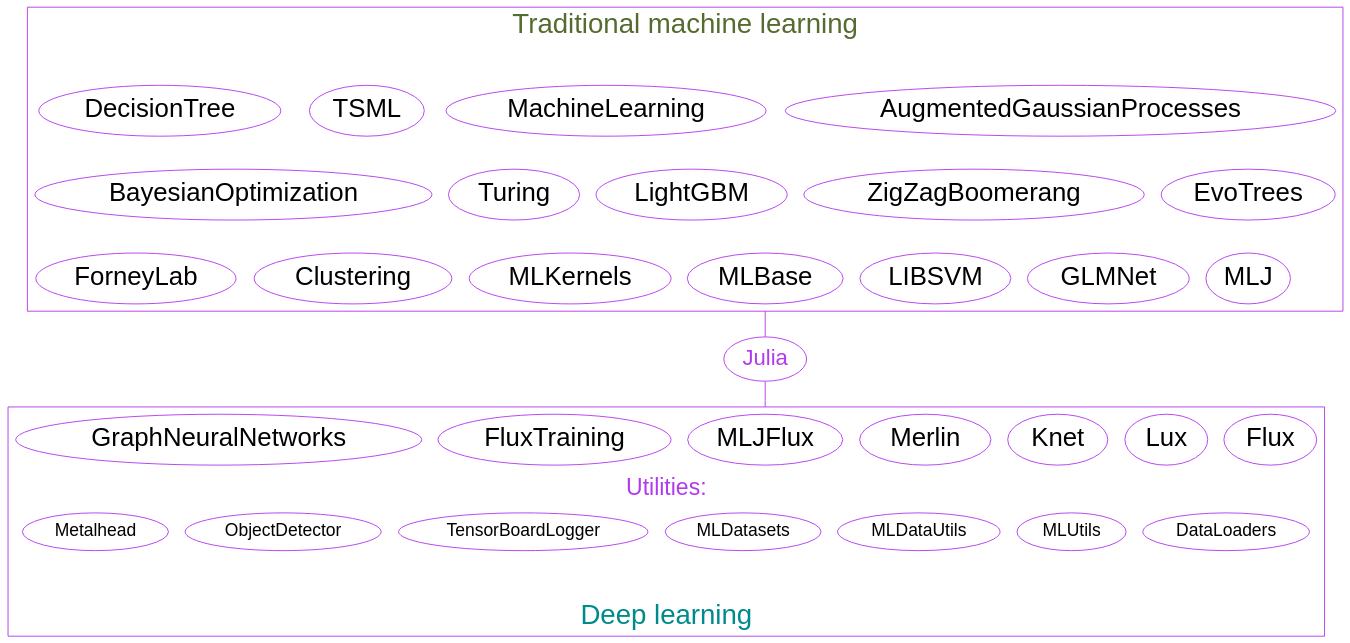
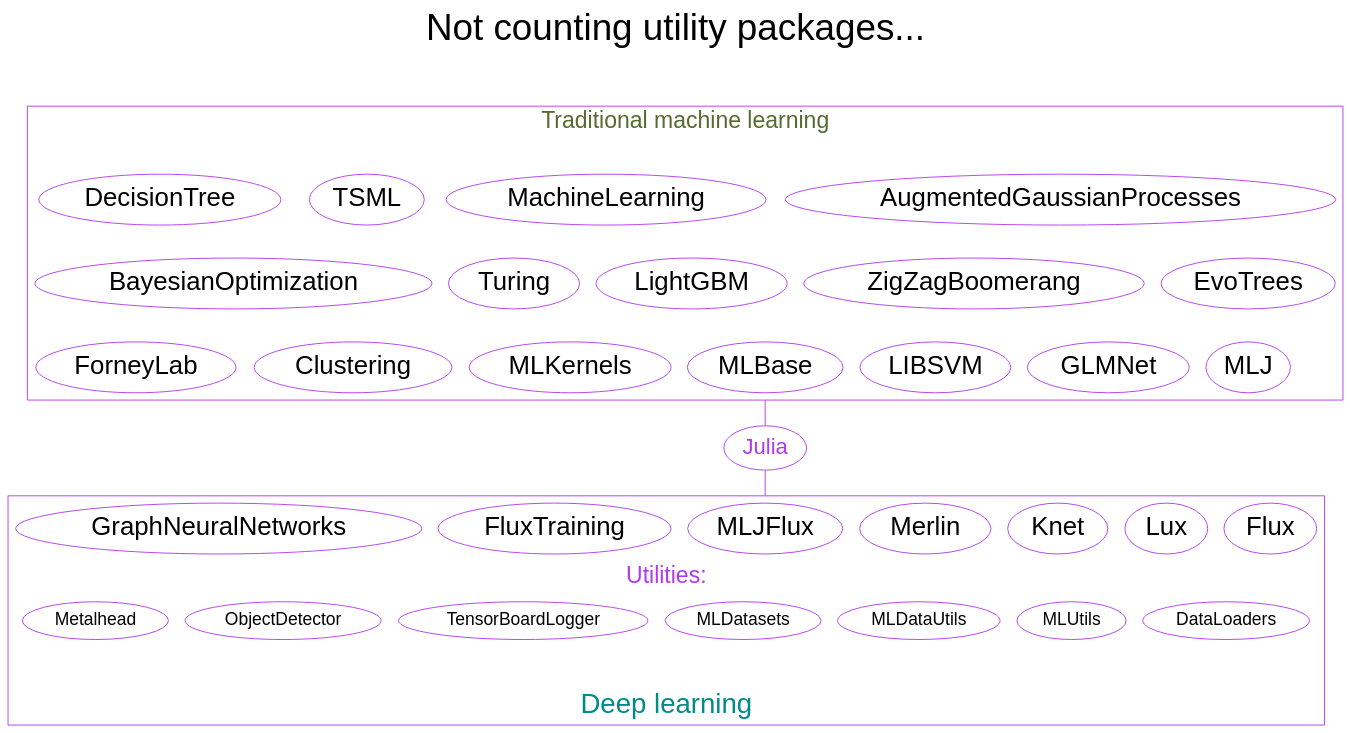
One commit to WestDRI/arc-training changed the ninth of 19 diagrams in ml/frameworks_slides.qmd. Above: the diagram before and after it, drawn with Graphviz. The commit also changed other lines of this file, not shown here.

````diff
--- a/ml/frameworks_slides.qmd
+++ b/ml/frameworks_slides.qmd
@@ -417,61 +398,65 @@
 ```{dot}
 //| echo: false
 
 strict graph {
 
+  label="Not counting utility packages...\n\n"
+  labelloc=t
+  fontsize=40
+
   bgcolor="transparent"
   graph [fontname="Inconsolata, sans-serif"]
   node [fontname="Inconsolata, sans-serif", color=darkorchid2]
   compound=true
-  
+
   subgraph cluster_ml {
 	label="Traditional machine learning\n\n"
 	color=darkorchid2
 	fontcolor=darkolivegreen
-	fontsize=30
+	fontsize=25
 	edge [style=invis]
 	node [fontsize=28]
 	{rank=same; AugmentedGaussianProcesses MachineLearning TSML DecisionTree}
 	{rank=same; EvoTrees ZigZagBoomerang LightGBM Turing BayesianOptimization}
 	{rank=same; MLJ GLMNet LIBSVM MLBase MLKernels Clustering ForneyLab}
 	AugmentedGaussianProcesses -- EvoTrees -- MLJ
   }
 
   subgraph cluster_dl {	
 	label="\nDeep learning"
 	color=darkorchid2
 	fontcolor=darkcyan
 	fontsize=30
 	labelloc=b
 	edge [style=invis]
 	node [fontsize=28]
 	Flux Lux Knet Merlin MLJFlux FluxTraining GraphNeuralNetworks
 	subgraph cluster_utilities {
 	  peripheries=0
 	  fontsize=25
 	  label="Utilities:"
 	  fontcolor=darkorchid2
 	  labelloc=t
  	  node [fontsize=19]
 	  DataLoaders MLUtils MLDataUtils MLDatasets TensorBoardLogger ObjectDetector Metalhead
 	}
 	GraphNeuralNetworks -- Metalhead
   }
 
   Flux [URL="https://github.com/FluxML/Flux.jl"]
   Lux [URL="https://github.com/LuxDL/"]
   Knet [URL="https://github.com/denizyuret/Knet.jl"]
   Merlin [URL=""]
   MLJFlux [URL=""]
   FluxTraining [URL=""]
   GraphNeuralNetworks [URL=""]
   MLJ [URL="https://github.com/alan-turing-institute/MLJ.jl"]
   Turing [URL="https://github.com/TuringLang/Turing.jl"]
 
   Julia [fontsize=24, fontcolor=darkorchid2, URL="https://julialang.org/"]
 
   MLBase -- Julia [ltail=cluster_ml, color=darkorchid2]
   Julia -- MLJFlux [lhead=cluster_dl, color=darkorchid2]
-  
+
 }
 ```
````
